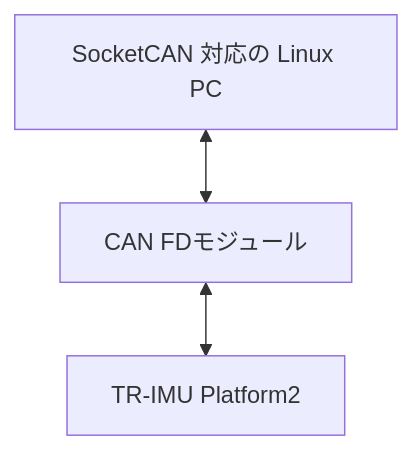
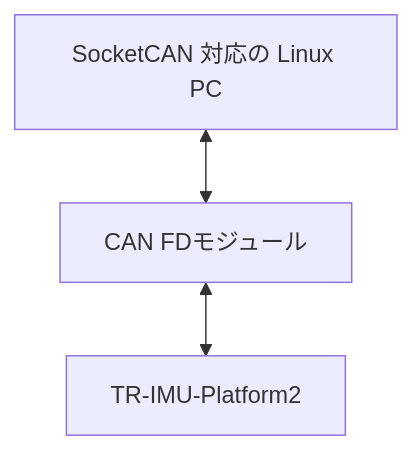
One commit to technoroad/TR-IMU2-PythonTestApp changed the second of 2 diagrams in README.md. Above: the diagram before and after it, drawn with Mermaid. The commit also changed other lines of this file, not shown here.

````diff
--- a/README.md
+++ b/README.md
@@ -64,5 +64,5 @@
 ```mermaid
 graph TB
     PC["SocketCAN 対応の Linux PC"] <-->|" "| MODULE["CAN FDモジュール"]
-    MODULE <-->|" "| PLATFORM["TR-IMU Platform2"]
+    MODULE <-->|" "| PLATFORM["TR-IMU-Platform2"]
 ```
````
